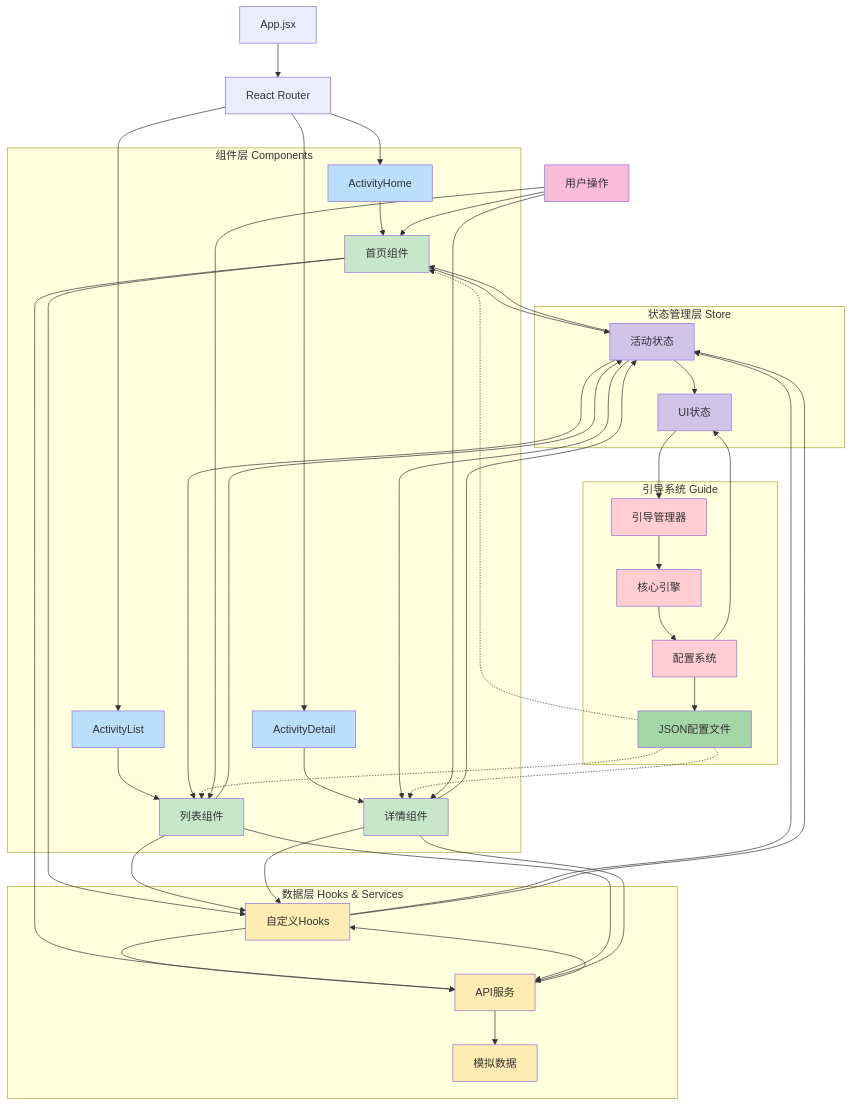
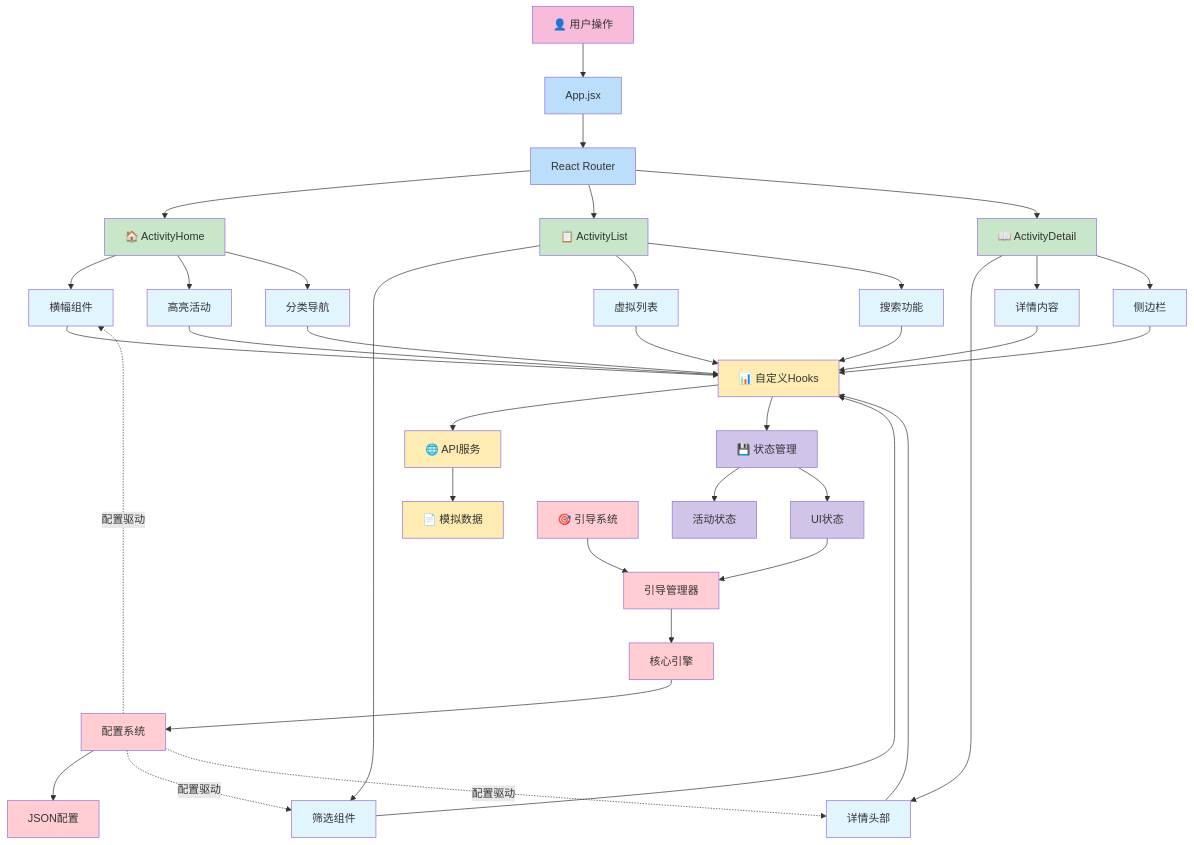
The first of 5 diagrams in README.md (Mingjun-Lyu/ByteDance-Engineering-Camp), drawn with Mermaid before and after one commit. The commit also changed other lines of this file, not shown here.

````diff
--- a/README.md
+++ b/README.md
@@ -36,92 +26,75 @@
 ```mermaid
-graph TD
-    App[App.jsx] --> Router[React Router]
+graph TB
+    %% 用户层
+    User[👤 用户操作] --> App[App.jsx]
     
-    Router --> Home[ActivityHome]
-    Router --> List[ActivityList]
-    Router --> Detail[ActivityDetail]
+    %% 路由层
+    App --> Router[React Router]
     
-    subgraph "组件层 Components"
-        Home --> HomeComps[首页组件]
-        List --> ListComps[列表组件]
-        Detail --> DetailComps[详情组件]
-    end
+    %% 页面层
+    Router --> Home[🏠 ActivityHome]
+    Router --> List[📋 ActivityList]
+    Router --> Detail[📖 ActivityDetail]
     
-    subgraph "状态管理层 Store"
-        ActivityStore[活动状态]
-        UIStore[UI状态]
-    end
+    %% 组件层
+    Home --> Banner[横幅组件]
+    Home --> Highlight[高亮活动]
+    Home --> Categories[分类导航]
     
-    subgraph "数据层 Hooks & Services"
-        Hooks[自定义Hooks]
-        API[API服务]
-        Mock[模拟数据]
-    end
+    List --> Filter[筛选组件]
+    List --> VirtualList[虚拟列表]
+    List --> Search[搜索功能]
     
-    subgraph "引导系统 Guide"
-        GuideManager[引导管理器]
-        GuideCore[核心引擎]
-        GuideConfig[配置系统]
-        JSONConfig[JSON配置文件]
-    end
+    Detail --> Header[详情头部]
+    Detail --> Content[详情内容]
+    Detail --> Sidebar[侧边栏]
     
-    %% 数据流交互关系
-    HomeComps --> ActivityStore
-    ListComps --> ActivityStore
-    DetailComps --> ActivityStore
+    %% 数据层
+    Banner --> Hooks[📊 自定义Hooks]
+    Highlight --> Hooks
+    Categories --> Hooks
+    Filter --> Hooks
+    VirtualList --> Hooks
+    Search --> Hooks
+    Header --> Hooks
+    Content --> Hooks
+    Sidebar --> Hooks
     
-    HomeComps --> Hooks
-    ListComps --> Hooks
-    DetailComps --> Hooks
+    Hooks --> API[🌐 API服务]
+    API --> Mock[📄 模拟数据]
     
-    Hooks --> API
-    API --> Mock
+    %% 状态管理层
+    Hooks --> Store[💾 状态管理]
+    Store --> ActivityStore[活动状态]
+    Store --> UIStore[UI状态]
     
-    Hooks --> ActivityStore
-    ActivityStore --> HomeComps
-    ActivityStore --> ListComps
-    ActivityStore --> DetailComps
+    %% 引导系统层
+    Guide[🎯 引导系统] --> GuideManager[引导管理器]
+    GuideManager --> GuideCore[核心引擎]
+    GuideCore --> GuideConfig[配置系统]
+    GuideConfig --> JSONConfig[JSON配置]
     
-    %% 引导系统解耦架构 - 通过JSON配置与组件交互
-    GuideManager --> GuideCore
-    GuideCore --> GuideConfig
-    GuideConfig --> JSONConfig
+    %% 引导系统与业务解耦
+    GuideConfig -.->|配置驱动| Banner
+    GuideConfig -.->|配置驱动| Filter
+    GuideConfig -.->|配置驱动| Header
     
-    %% 引导系统通过配置读取页面元素，而非直接与组件交互
-    JSONConfig -.-> HomeComps
-    JSONConfig -.-> ListComps
-    JSONConfig -.-> DetailComps
-    
-    %% 引导系统状态管理
-    GuideConfig --> UIStore
+    %% 状态管理连接
     UIStore --> GuideManager
     
-    %% 用户操作数据流
-    User[用户操作] --> HomeComps
-    User --> ListComps
-    User --> DetailComps
+    classDef user fill:#f8bbd9
+    classDef app fill:#bbdefb
+    classDef page fill:#c8e6c9
+    classDef component fill:#e1f5fe
+    classDef data fill:#ffecb3
+    classDef store fill:#d1c4e9
+    classDef guide fill:#ffcdd2
     
-    HomeComps --> API
-    ListComps --> API
-    DetailComps --> API
-    
-    API --> Hooks
-    Hooks --> ActivityStore
-    ActivityStore --> UIStore
-    
-    classDef page fill:#bbdefb
-    classDef component fill:#c8e6c9
-    classDef store fill:#d1c4e9
-    classDef data fill:#ffecb3
-    classDef guide fill:#ffcdd2
-    classDef user fill:#f8bbd9
-    classDef config fill:#a5d6a7
-    
+    class User user
+    class App,Router app
     class Home,List,Detail page
-    class HomeComps,ListComps,DetailComps component
-    class ActivityStore,UIStore store
+    class Banner,Highlight,Categories,Filter,VirtualList,Search,Header,Content,Sidebar component
     class Hooks,API,Mock data
-    class GuideManager,GuideCore,GuideConfig guide
-    class JSONConfig config
-    class User user
+    class Store,ActivityStore,UIStore store
+    class Guide,GuideManager,GuideCore,GuideConfig,JSONConfig guide
 ```
````
